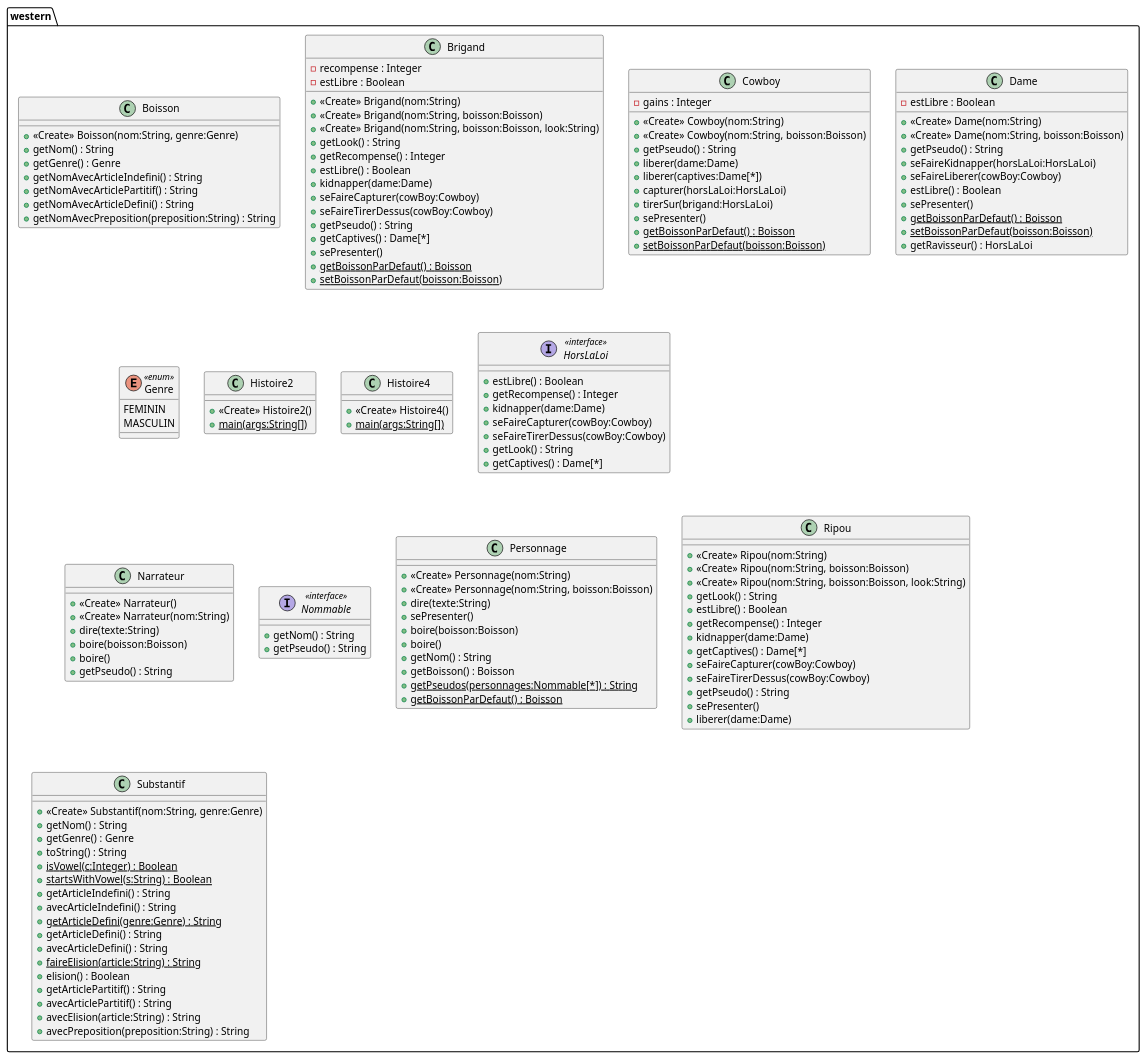
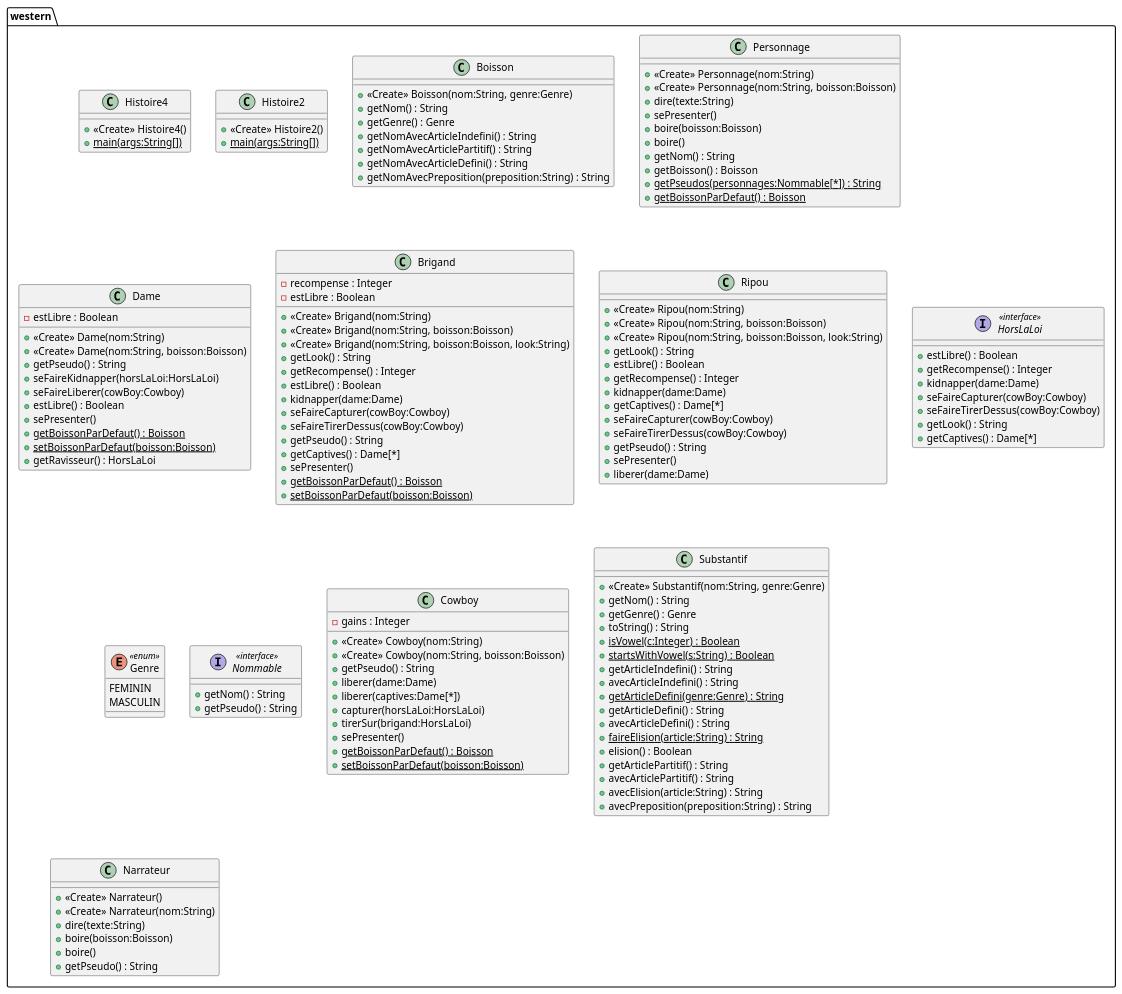
The diagram in uml/western.puml (karimelkaid/PumlFromJava), drawn with PlantUML before and after one commit. The commit also changed 3 other files, not shown here.

```diff
--- a/uml/western.puml
+++ b/uml/western.puml
@@ -1,163 +1,163 @@
 @startuml
 
 package [western]{
-	class Boisson{
+	class Histoire4{
++ <<Create>> Histoire4()
++ {static} main(args:String[])
+}
+
+
+class Histoire2{
++ <<Create>> Histoire2()
++ {static} main(args:String[])
+}
+
+
+class Boisson{
 + <<Create>> Boisson(nom:String, genre:Genre)
 +  getNom() : String
 +  getGenre() : Genre
 +  getNomAvecArticleIndefini() : String
 +  getNomAvecArticlePartitif() : String
 +  getNomAvecArticleDefini() : String
 +  getNomAvecPreposition(preposition:String) : String
+}
+
+
+class Personnage{
++ <<Create>> Personnage(nom:String)
++ <<Create>> Personnage(nom:String, boisson:Boisson)
++  dire(texte:String)
++  sePresenter()
++  boire(boisson:Boisson)
++  boire()
++  getNom() : String
++  getBoisson() : Boisson
++ {static} getPseudos(personnages:Nommable[*]) : String
++ {static} getBoissonParDefaut() : Boisson
+}
+
+
+class Dame{
+	-  estLibre : Boolean 
++ <<Create>> Dame(nom:String)
++ <<Create>> Dame(nom:String, boisson:Boisson)
++  getPseudo() : String
++  seFaireKidnapper(horsLaLoi:HorsLaLoi)
++  seFaireLiberer(cowBoy:Cowboy)
++  estLibre() : Boolean
++  sePresenter()
++ {static} getBoissonParDefaut() : Boisson
++ {static} setBoissonParDefaut(boisson:Boisson)
++  getRavisseur() : HorsLaLoi
 }
 
 
 class Brigand{
 	-  recompense : Integer 
 	-  estLibre : Boolean 
 + <<Create>> Brigand(nom:String)
 + <<Create>> Brigand(nom:String, boisson:Boisson)
 + <<Create>> Brigand(nom:String, boisson:Boisson, look:String)
 +  getLook() : String
 +  getRecompense() : Integer
 +  estLibre() : Boolean
 +  kidnapper(dame:Dame)
 +  seFaireCapturer(cowBoy:Cowboy)
 +  seFaireTirerDessus(cowBoy:Cowboy)
 +  getPseudo() : String
 +  getCaptives() : Dame[*]
 +  sePresenter()
 + {static} getBoissonParDefaut() : Boisson
 + {static} setBoissonParDefaut(boisson:Boisson)
 }
 
 
-class Cowboy{
-	-  gains : Integer 
-+ <<Create>> Cowboy(nom:String)
-+ <<Create>> Cowboy(nom:String, boisson:Boisson)
+class Ripou{
++ <<Create>> Ripou(nom:String)
++ <<Create>> Ripou(nom:String, boisson:Boisson)
++ <<Create>> Ripou(nom:String, boisson:Boisson, look:String)
++  getLook() : String
++  estLibre() : Boolean
++  getRecompense() : Integer
++  kidnapper(dame:Dame)
++  getCaptives() : Dame[*]
++  seFaireCapturer(cowBoy:Cowboy)
++  seFaireTirerDessus(cowBoy:Cowboy)
 +  getPseudo() : String
++  sePresenter()
 +  liberer(dame:Dame)
-+  liberer(captives:Dame[*])
-+  capturer(horsLaLoi:HorsLaLoi)
-+  tirerSur(brigand:HorsLaLoi)
-+  sePresenter()
-+ {static} getBoissonParDefaut() : Boisson
-+ {static} setBoissonParDefaut(boisson:Boisson)
-}
-
-
-class Dame{
-	-  estLibre : Boolean 
-+ <<Create>> Dame(nom:String)
-+ <<Create>> Dame(nom:String, boisson:Boisson)
-+  getPseudo() : String
-+  seFaireKidnapper(horsLaLoi:HorsLaLoi)
-+  seFaireLiberer(cowBoy:Cowboy)
-+  estLibre() : Boolean
-+  sePresenter()
-+ {static} getBoissonParDefaut() : Boisson
-+ {static} setBoissonParDefaut(boisson:Boisson)
-+  getRavisseur() : HorsLaLoi
-}
-
-
-enum Genre <<enum>>{
-	FEMININ
-	MASCULIN
-}
-
-
-class Histoire2{
-+ <<Create>> Histoire2()
-+ {static} main(args:String[])
-}
-
-
-class Histoire4{
-+ <<Create>> Histoire4()
-+ {static} main(args:String[])
 }
 
 
 interface HorsLaLoi <<interface>>{
 +  estLibre() : Boolean
 +  getRecompense() : Integer
 +  kidnapper(dame:Dame)
 +  seFaireCapturer(cowBoy:Cowboy)
 +  seFaireTirerDessus(cowBoy:Cowboy)
 +  getLook() : String
 +  getCaptives() : Dame[*]
 }
 
 
-class Narrateur{
-+ <<Create>> Narrateur()
-+ <<Create>> Narrateur(nom:String)
-+  dire(texte:String)
-+  boire(boisson:Boisson)
-+  boire()
-+  getPseudo() : String
+enum Genre <<enum>>{
+	FEMININ
+	MASCULIN
 }
 
 
 interface Nommable <<interface>>{
 +  getNom() : String
 +  getPseudo() : String
 }
 
 
-class Personnage{
-+ <<Create>> Personnage(nom:String)
-+ <<Create>> Personnage(nom:String, boisson:Boisson)
-+  dire(texte:String)
+class Cowboy{
+	-  gains : Integer 
++ <<Create>> Cowboy(nom:String)
++ <<Create>> Cowboy(nom:String, boisson:Boisson)
++  getPseudo() : String
++  liberer(dame:Dame)
++  liberer(captives:Dame[*])
++  capturer(horsLaLoi:HorsLaLoi)
++  tirerSur(brigand:HorsLaLoi)
 +  sePresenter()
-+  boire(boisson:Boisson)
-+  boire()
-+  getNom() : String
-+  getBoisson() : Boisson
-+ {static} getPseudos(personnages:Nommable[*]) : String
 + {static} getBoissonParDefaut() : Boisson
-}
-
-
-class Ripou{
-+ <<Create>> Ripou(nom:String)
-+ <<Create>> Ripou(nom:String, boisson:Boisson)
-+ <<Create>> Ripou(nom:String, boisson:Boisson, look:String)
-+  getLook() : String
-+  estLibre() : Boolean
-+  getRecompense() : Integer
-+  kidnapper(dame:Dame)
-+  getCaptives() : Dame[*]
-+  seFaireCapturer(cowBoy:Cowboy)
-+  seFaireTirerDessus(cowBoy:Cowboy)
-+  getPseudo() : String
-+  sePresenter()
-+  liberer(dame:Dame)
++ {static} setBoissonParDefaut(boisson:Boisson)
 }
 
 
 class Substantif{
 + <<Create>> Substantif(nom:String, genre:Genre)
 +  getNom() : String
 +  getGenre() : Genre
 +  toString() : String
 + {static} isVowel(c:Integer) : Boolean
 + {static} startsWithVowel(s:String) : Boolean
 +  getArticleIndefini() : String
 +  avecArticleIndefini() : String
 + {static} getArticleDefini(genre:Genre) : String
 +  getArticleDefini() : String
 +  avecArticleDefini() : String
 + {static} faireElision(article:String) : String
 +  elision() : Boolean
 +  getArticlePartitif() : String
 +  avecArticlePartitif() : String
 +  avecElision(article:String) : String
 +  avecPreposition(preposition:String) : String
 }
 
 
+class Narrateur{
++ <<Create>> Narrateur()
++ <<Create>> Narrateur(nom:String)
++  dire(texte:String)
++  boire(boisson:Boisson)
++  boire()
++  getPseudo() : String
+}
+
+
 }
 @enduml
```
